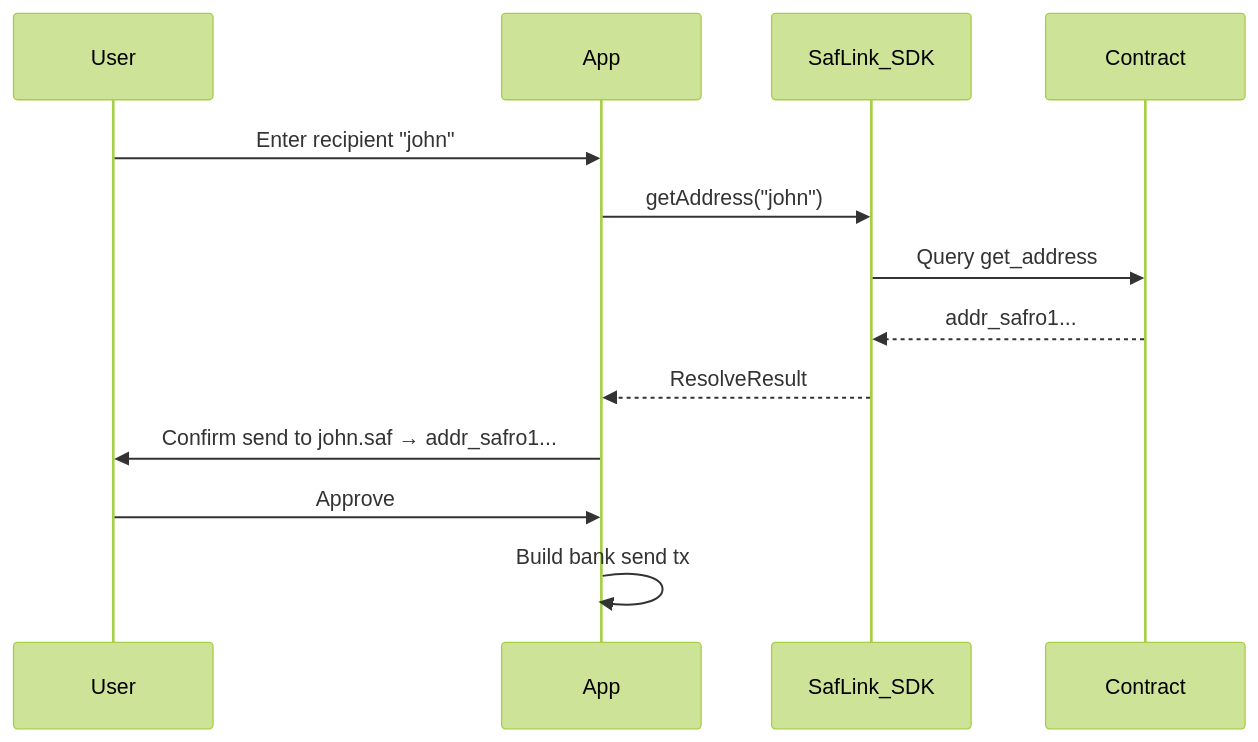
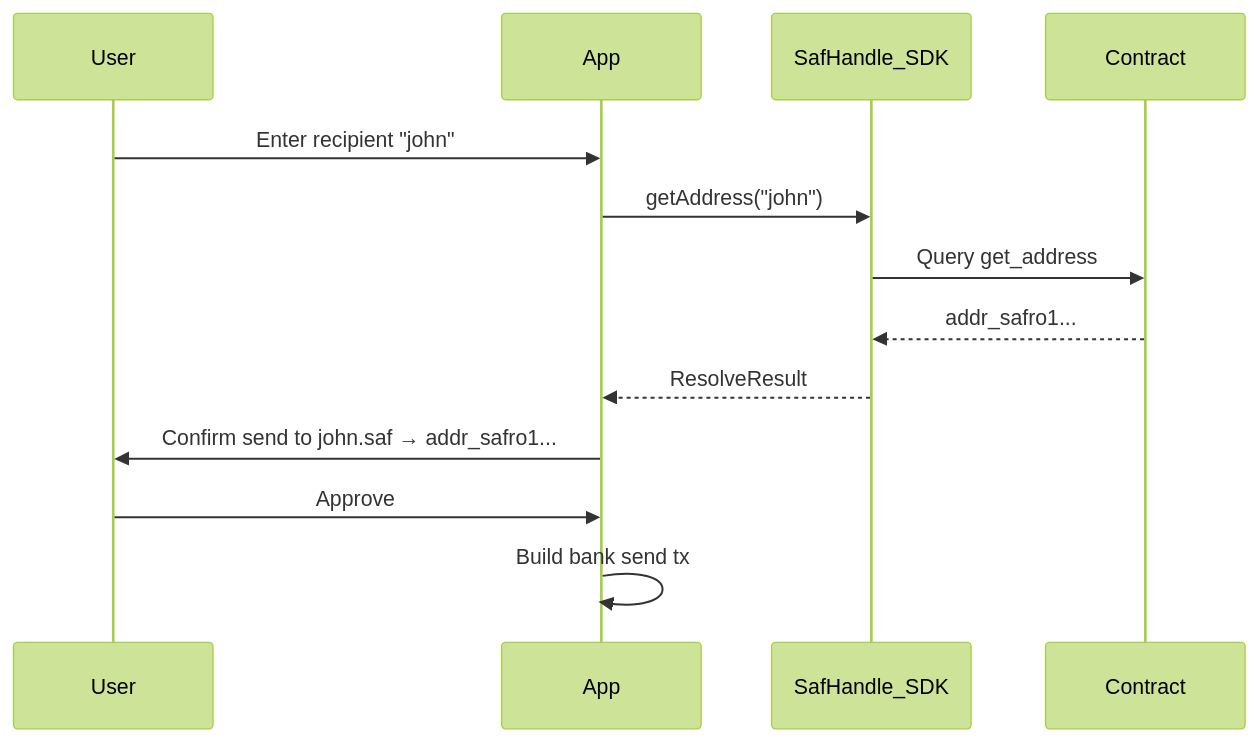
Before and after one commit to mbagalwa/safhandle-sdk: the diagram in docs/INTEGRATION_GUIDE.md, drawn with Mermaid (forest theme). The commit also changed other lines of this file and 28 other files, not shown here.

First line of the commit message:
refactor: rename SAFLink to SafHandle across SDK repo

````diff
--- a/docs/INTEGRATION_GUIDE.md
+++ b/docs/INTEGRATION_GUIDE.md
@@ -9,16 +9,16 @@
 ```mermaid
 sequenceDiagram
     participant User
     participant App
-    participant SDK as SafLink_SDK
+    participant SDK as SafHandle_SDK
     participant Contract
 
     User->>App: Enter recipient "john"
     App->>SDK: getAddress("john")
     SDK->>Contract: Query get_address
     Contract-->>SDK: addr_safro1...
     SDK-->>App: ResolveResult
     App->>User: Confirm send to john.saf → addr_safro1...
     User->>App: Approve
     App->>App: Build bank send tx
 ```
````
